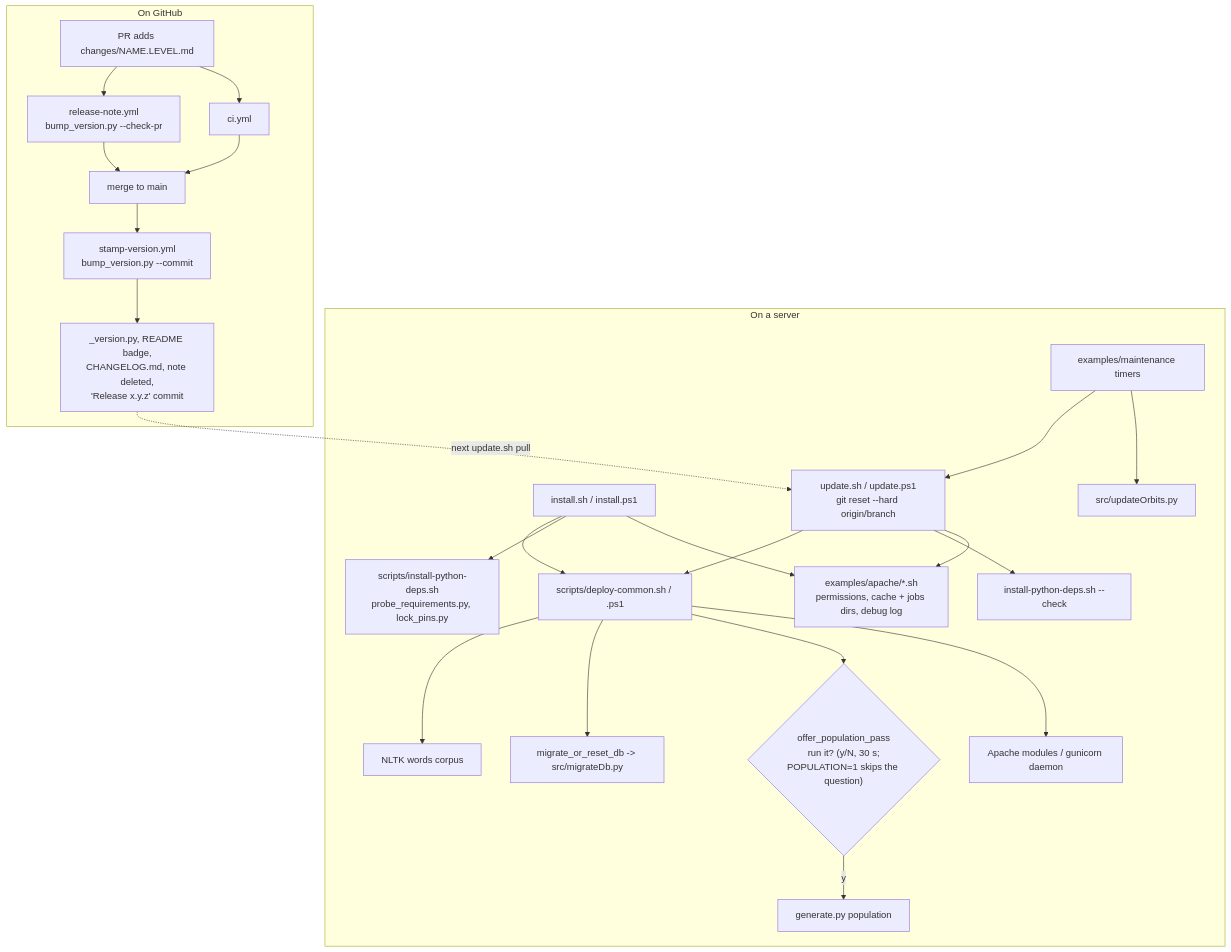
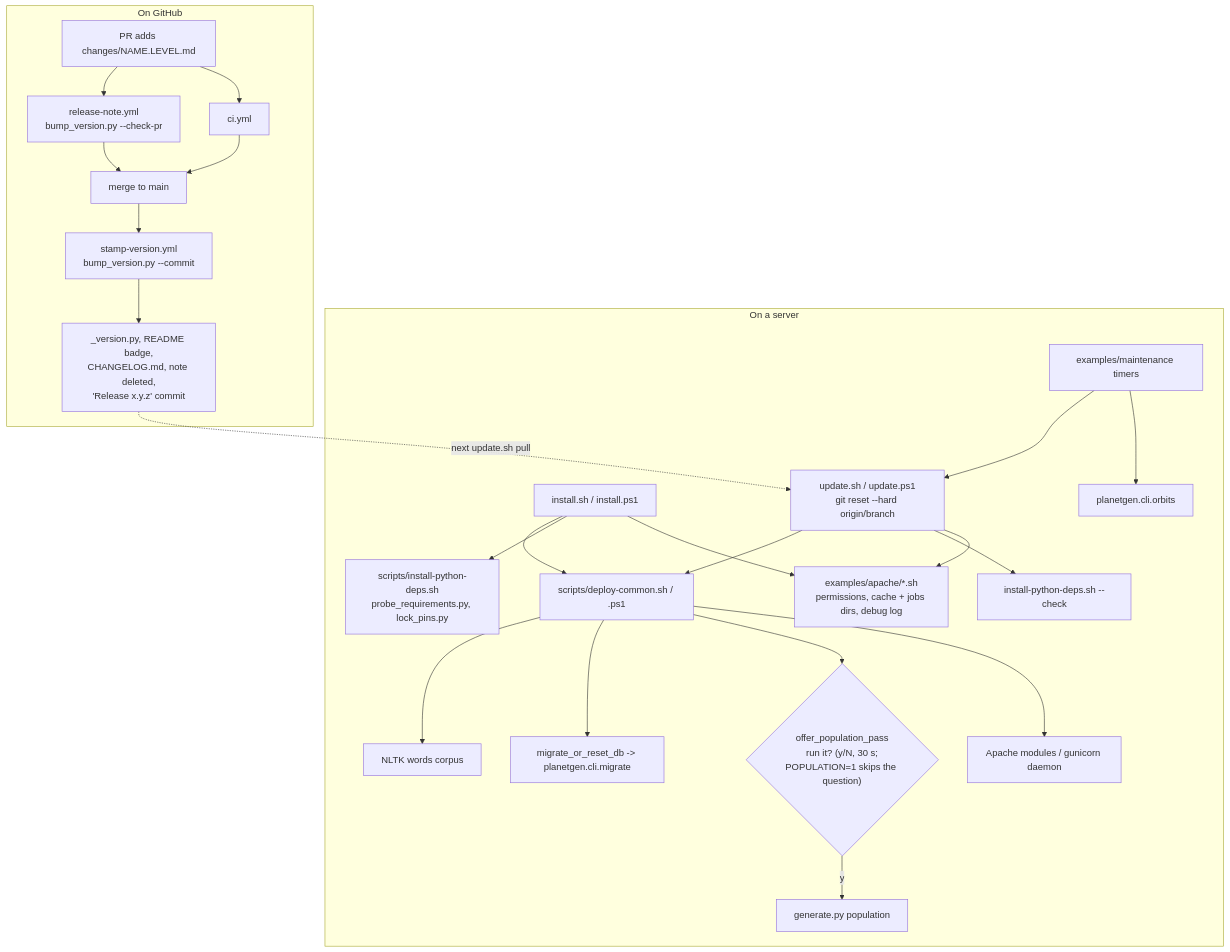
One commit to dwhagar/planetGen changed the eighth of 8 diagrams in docs/design/architecture.md. Above: the diagram before and after it, drawn with Mermaid. The commit also changed other lines of this file and 225 other files, not shown here.

First line of the commit message:
Move population, admin, db and the src/ scripts into planetgen (OPS.24 steps 6 to 8) (#450)

````diff
--- a/docs/design/architecture.md
+++ b/docs/design/architecture.md
@@ -720,27 +720,27 @@
 ```mermaid
 flowchart TD
     subgraph Server["On a server"]
         I["install.sh / install.ps1"] --> DC["scripts/deploy-common.sh / .ps1"]
         U["update.sh / update.ps1<br/>git reset --hard origin/branch"] --> DC
         I --> PD["scripts/install-python-deps.sh<br/>probe_requirements.py, lock_pins.py"]
         U --> PDC["install-python-deps.sh --check"]
         DC --> NL["NLTK words corpus"]
-        DC --> MR["migrate_or_reset_db -> src/migrateDb.py"]
+        DC --> MR["migrate_or_reset_db -> planetgen.cli.migrate"]
         DC --> POP{"offer_population_pass<br/>run it? (y/N, 30 s;<br/>POPULATION=1 skips the question)"}
         POP -->|"y"| GP["generate.py population"]
         DC --> WS["Apache modules / gunicorn daemon"]
         I --> EX["examples/apache/*.sh<br/>permissions, cache + jobs dirs, debug log"]
         U --> EX
         T["examples/maintenance timers"] --> U
-        T --> UO["src/updateOrbits.py"]
+        T --> UO["planetgen.cli.orbits"]
     end
     subgraph Release["On GitHub"]
         PR["PR adds changes/NAME.LEVEL.md"] --> RN["release-note.yml<br/>bump_version.py --check-pr"]
         PR --> CI["ci.yml"]
         RN --> Merge["merge to main"]
         CI --> Merge
         Merge --> SV["stamp-version.yml<br/>bump_version.py --commit"]
         SV --> Out["_version.py, README badge,<br/>CHANGELOG.md, note deleted,<br/>'Release x.y.z' commit"]
     end
     Out -. "next update.sh pull" .-> U
 ```
````
